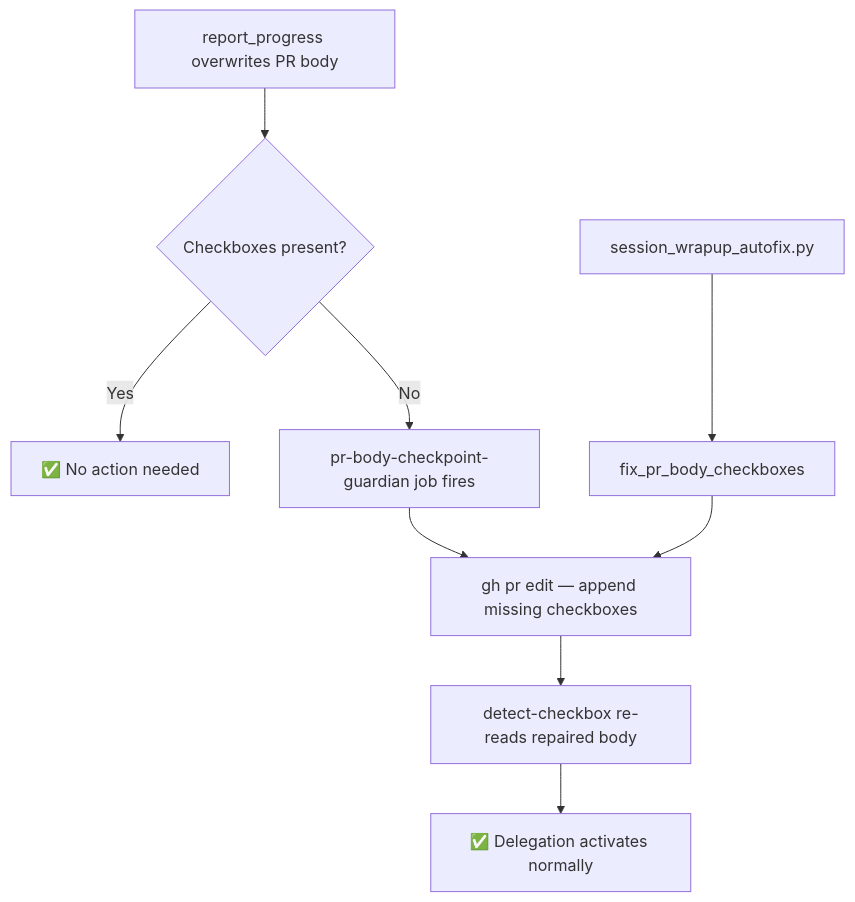
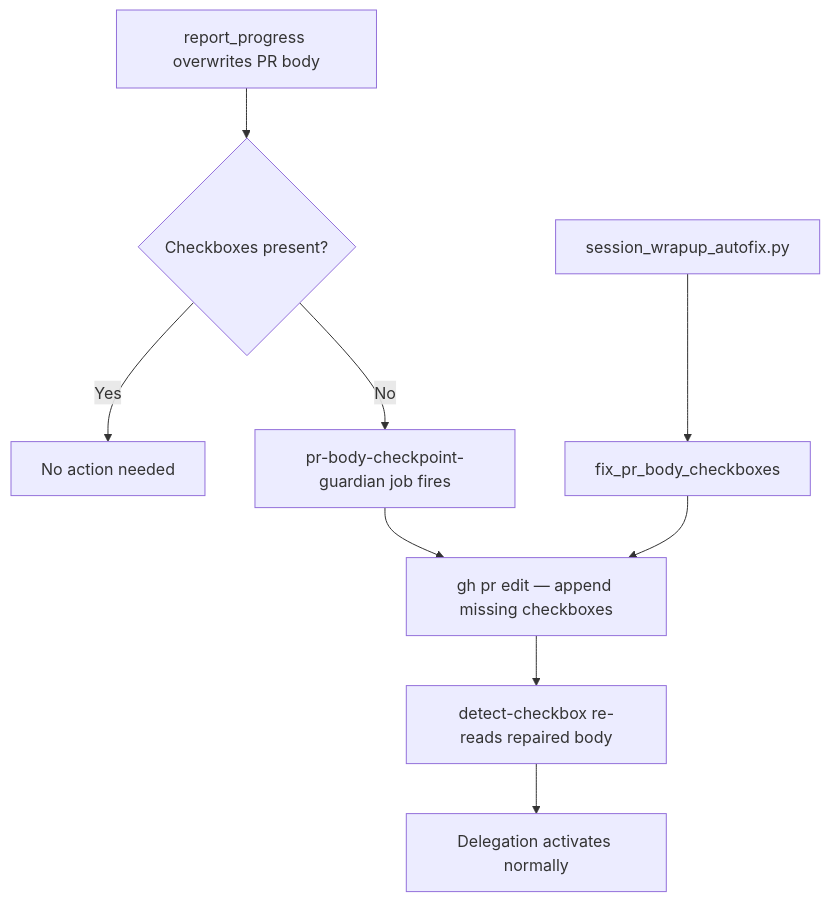
The diagram in docs/ops/NO_AUTO_PR_GUIDE.md (Aries-Serpent/_codex_), drawn with Mermaid before and after one commit. The commit also changed other lines of this file and 2029 other files, not shown here.

````diff
--- a/docs/ops/NO_AUTO_PR_GUIDE.md
+++ b/docs/ops/NO_AUTO_PR_GUIDE.md
@@ -116,13 +118,13 @@
 ```mermaid
-%%{init: {'accessibility': {'title': 'Flowchart showing report_progress overwrites PR body, ✅ No action needed'}}%%
+%%{init: {'accessibility': {'title': 'Flowchart showing report_progress overwrites PR body,  No action needed'}}%%
 flowchart TD
     A[report_progress overwrites PR body] --> B{Checkboxes present?}
-    B -->|Yes| C[✅ No action needed]
+    B -->|Yes| C[ No action needed]
     B -->|No| D[pr-body-checkpoint-guardian job fires]
     D --> E[gh pr edit — append missing checkboxes]
     E --> F[detect-checkbox re-reads repaired body]
-    F --> G[✅ Delegation activates normally]
+    F --> G[ Delegation activates normally]
 
     H[session_wrapup_autofix.py] --> I[fix_pr_body_checkboxes]
     I --> E
 ```
````
